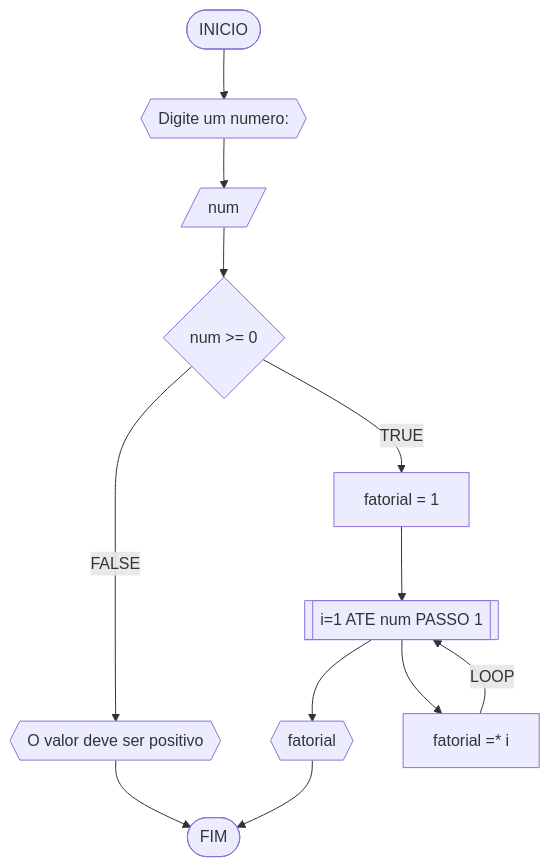
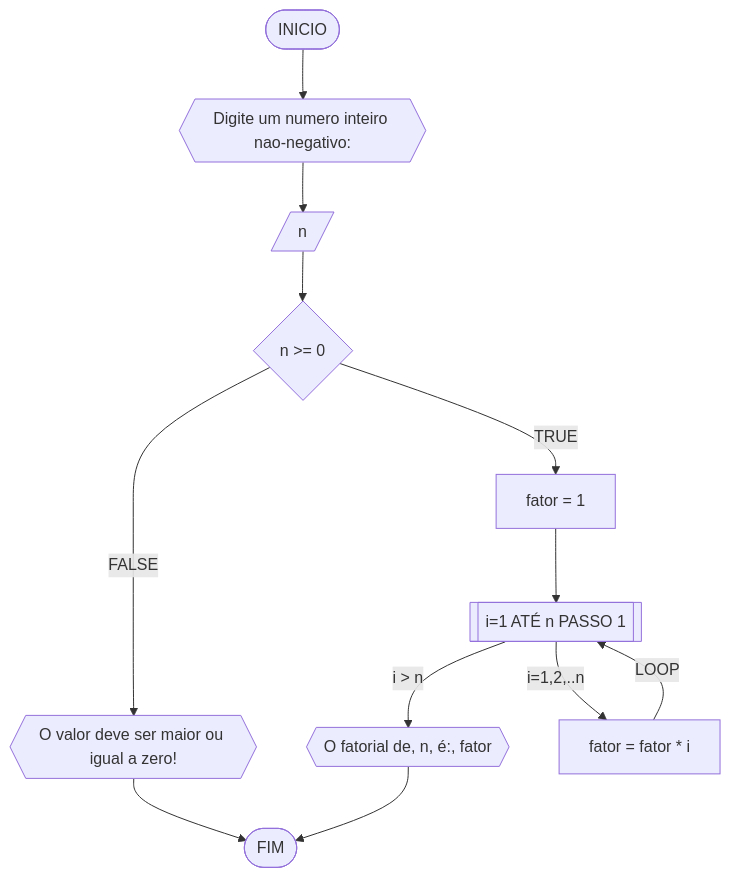
One commit to AlissonFT2/unifor changed the fifth of 7 diagrams in RLA/unidade1/AD1.md. Above: the diagram before and after it, drawn with Mermaid. The commit also changed other lines of this file, not shown here.

````diff
--- a/RLA/unidade1/AD1.md
+++ b/RLA/unidade1/AD1.md
@@ -255,14 +257,14 @@
 ```mermaid
 flowchart TD
-A([INICIO]) --> B{{Digite um numero: }}
-B --> C[/num/]
-C --> D{num >= 0}
-D --TRUE--> E[fatorial = 1]
-D --FALSE--> J{{O valor deve ser positivo}}
+A([INICIO]) --> B{{"Digite um numero inteiro nao-negativo:"}}
+B --> C[/n/]
+C --> D{n >= 0}
+D --TRUE--> E[fator = 1]
+D --FALSE--> J{{O valor deve ser maior ou igual a zero!}}
 J --> I([FIM])
-E --> F[[i=1 ATE num PASSO 1]]
-F --> H{{fatorial}}
-F --> G[fatorial =* i]
+E --> F[[i=1 ATÉ n PASSO 1]]
+F --"i > n"--> H{{O fatorial de, n, é:, fator}}
+F --"i=1,2,..n"--> G[fator = fator * i]
 G --LOOP--> F
 H --> I
 ```
````
